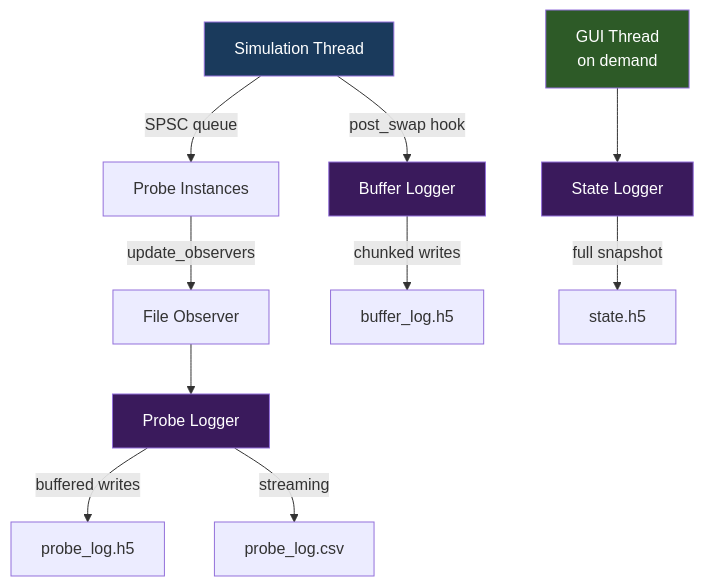
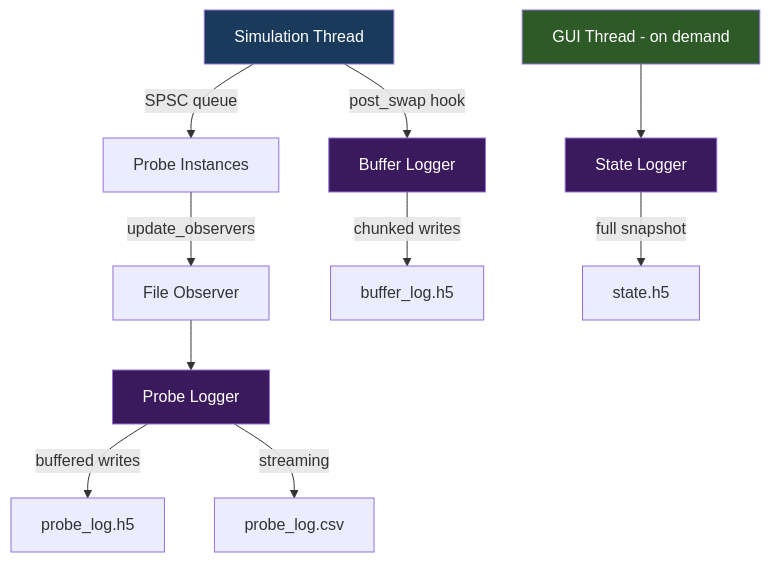
One commit to policecar/coast changed the diagram in docs/content/data-flow/logging-pipeline.md. Above: the diagram before and after it, drawn with Mermaid. The commit also changed 6 other files, not shown here.

First line of the commit message:
fix: replace mermaid shortcodes with fenced code blocks

````diff
--- a/docs/content/data-flow/logging-pipeline.md
+++ b/docs/content/data-flow/logging-pipeline.md
@@ -12,20 +12,20 @@
-{{< mermaid >}}
+```mermaid
 graph TD
-    SimThread[Simulation Thread] --> |post_swap hook| BL[Buffer Logger]
-    SimThread --> |SPSC queue| ProbeInst[Probe Instances]
-    ProbeInst --> |update_observers| FO[File Observer]
-    FO --> PL[Probe Logger]
+    SimThread["Simulation Thread"] --> |post_swap hook| BL["Buffer Logger"]
+    SimThread --> |SPSC queue| ProbeInst["Probe Instances"]
+    ProbeInst --> |update_observers| FO["File Observer"]
+    FO --> PL["Probe Logger"]
 
-    BL --> |chunked writes| HDF5_BL[buffer_log.h5]
-    PL --> |buffered writes| HDF5_PL[probe_log.h5]
-    PL --> |streaming| CSV[probe_log.csv]
+    BL --> |chunked writes| HDF5_BL["buffer_log.h5"]
+    PL --> |buffered writes| HDF5_PL["probe_log.h5"]
+    PL --> |streaming| CSV["probe_log.csv"]
 
-    GUIThread[GUI Thread<br/>on demand] --> SL[State Logger]
-    SL --> |full snapshot| HDF5_ST[state.h5]
+    GUIThread["GUI Thread - on demand"] --> SL["State Logger"]
+    SL --> |full snapshot| HDF5_ST["state.h5"]
 
     style SimThread fill:#1a3a5c,color:#fff
     style GUIThread fill:#2d5a27,color:#fff
     style BL fill:#3a1a5c,color:#fff
     style PL fill:#3a1a5c,color:#fff
     style SL fill:#3a1a5c,color:#fff
-{{< /mermaid >}}
+```
````
